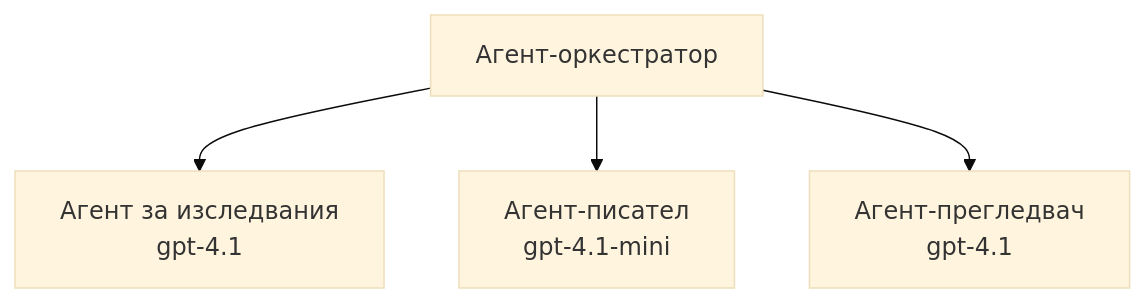
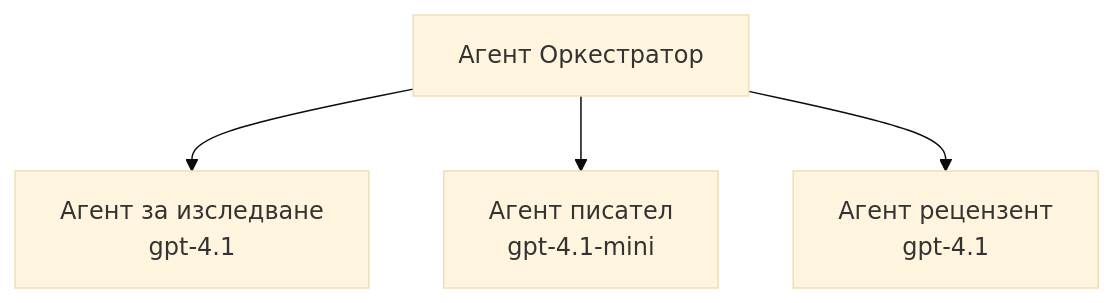
One commit to microsoft/AZD-for-beginners changed the third of 3 diagrams in translations/bg/docs/chapter-02-ai-development/agents.md. Above: the diagram before and after it, drawn with Mermaid (base theme). The commit also changed other lines of this file and 101 other files, not shown here.

````diff
--- a/translations/bg/docs/chapter-02-ai-development/agents.md
+++ b/translations/bg/docs/chapter-02-ai-development/agents.md
@@ -189,6 +194,6 @@
 ```mermaid
 graph TD
-    Orchestrator[Агент-оркестратор] --> Research[Агент за изследвания<br/>gpt-4.1]
-    Orchestrator --> Writer[Агент-писател<br/>gpt-4.1-mini]
-    Orchestrator --> Reviewer[Агент-прегледвач<br/>gpt-4.1]
+    Orchestrator[Агент Оркестратор] --> Research[Агент за изследване<br/>gpt-4.1]
+    Orchestrator --> Writer[Агент писател<br/>gpt-4.1-mini]
+    Orchestrator --> Reviewer[Агент рецензент<br/>gpt-4.1]
 ```
````
